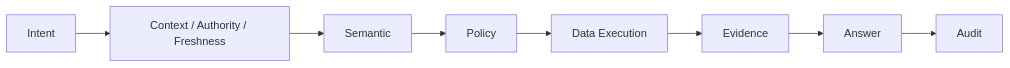
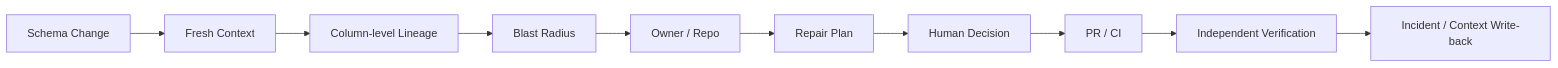
Before and after one commit to XiaoWeiKIN/datahub-research: the diagram in README.md, drawn with Mermaid. The commit also changed other lines of this file, not shown here.

Commit message:
docs: add schema change incident agent case

```diff
--- a/README.md
+++ b/README.md
@@ -38,13 +38,15 @@
 ~~~mermaid
 flowchart LR
-    INTENT[Intent]
-    CTX[Context / Authority / Freshness]
-    SEM[Semantic]
-    POLICY[Policy]
-    DATA[Data Execution]
-    EVIDENCE[Evidence]
-    ANSWER[Answer]
-    AUDIT[Audit]
+    CHANGE[Schema Change]
+    CTX[Fresh Context]
+    LINEAGE[Column-level Lineage]
+    IMPACT[Blast Radius]
+    OWNER[Owner / Repo]
+    PLAN[Repair Plan]
+    DEC[Human Decision]
+    PR[PR / CI]
+    VERIFY[Independent Verification]
+    WRITE[Incident / Context Write-back]
 
-    INTENT --> CTX --> SEM --> POLICY --> DATA --> EVIDENCE --> ANSWER --> AUDIT
+    CHANGE --> CTX --> LINEAGE --> IMPACT --> OWNER --> PLAN --> DEC --> PR --> VERIFY --> WRITE
 ~~~
```
